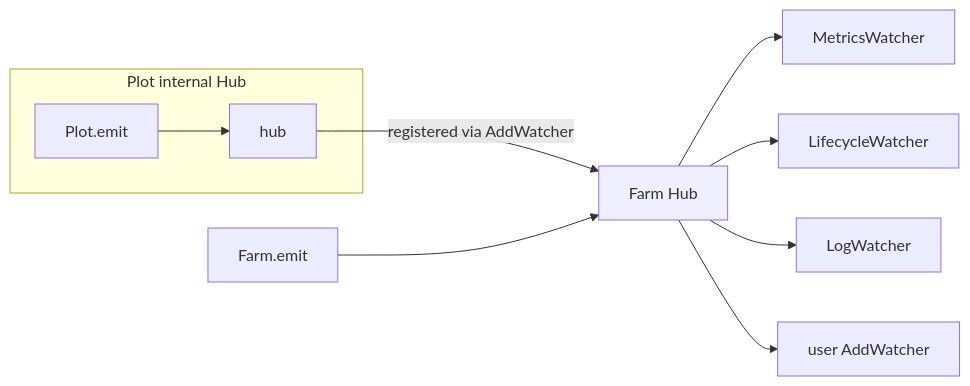
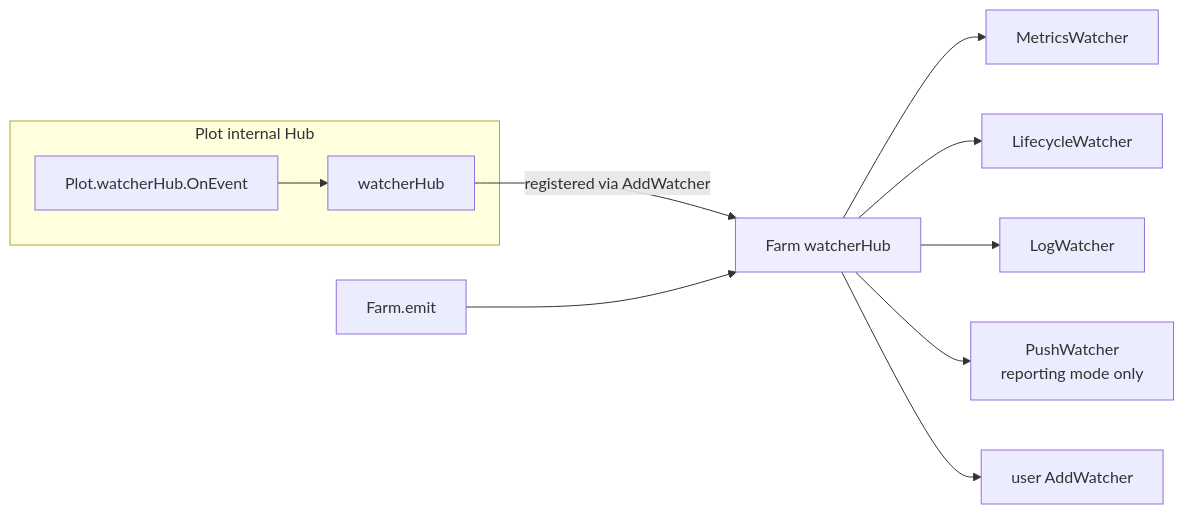
One commit to Mr-xiaotian/CelestialGrow changed the second of 3 diagrams in docs/en/pkg/farm/farm.md. Above: the diagram before and after it, drawn with Mermaid. The commit also changed other lines of this file and 99 other files, not shown here.

````diff
--- a/docs/en/pkg/farm/farm.md
+++ b/docs/en/pkg/farm/farm.md
@@ -164,14 +188,15 @@
 ```mermaid
 flowchart LR
     subgraph PlotHub[Plot internal Hub]
-        PE[Plot.emit] --> PH[hub]
+        PE[Plot.watcherHub.OnEvent] --> PH[watcherHub]
     end
-    PH -->|registered via AddWatcher| FH[Farm Hub]
+    PH -->|registered via AddWatcher| FH[Farm watcherHub]
     FH --> M[MetricsWatcher]
     FH --> L[LifecycleWatcher]
     FH --> G[LogWatcher]
+    FH --> PU[PushWatcher<br/>reporting mode only]
     FH --> W[user AddWatcher]
     FE[Farm.emit] --> FH
 
     style FH fill:#eef
 ```
````
